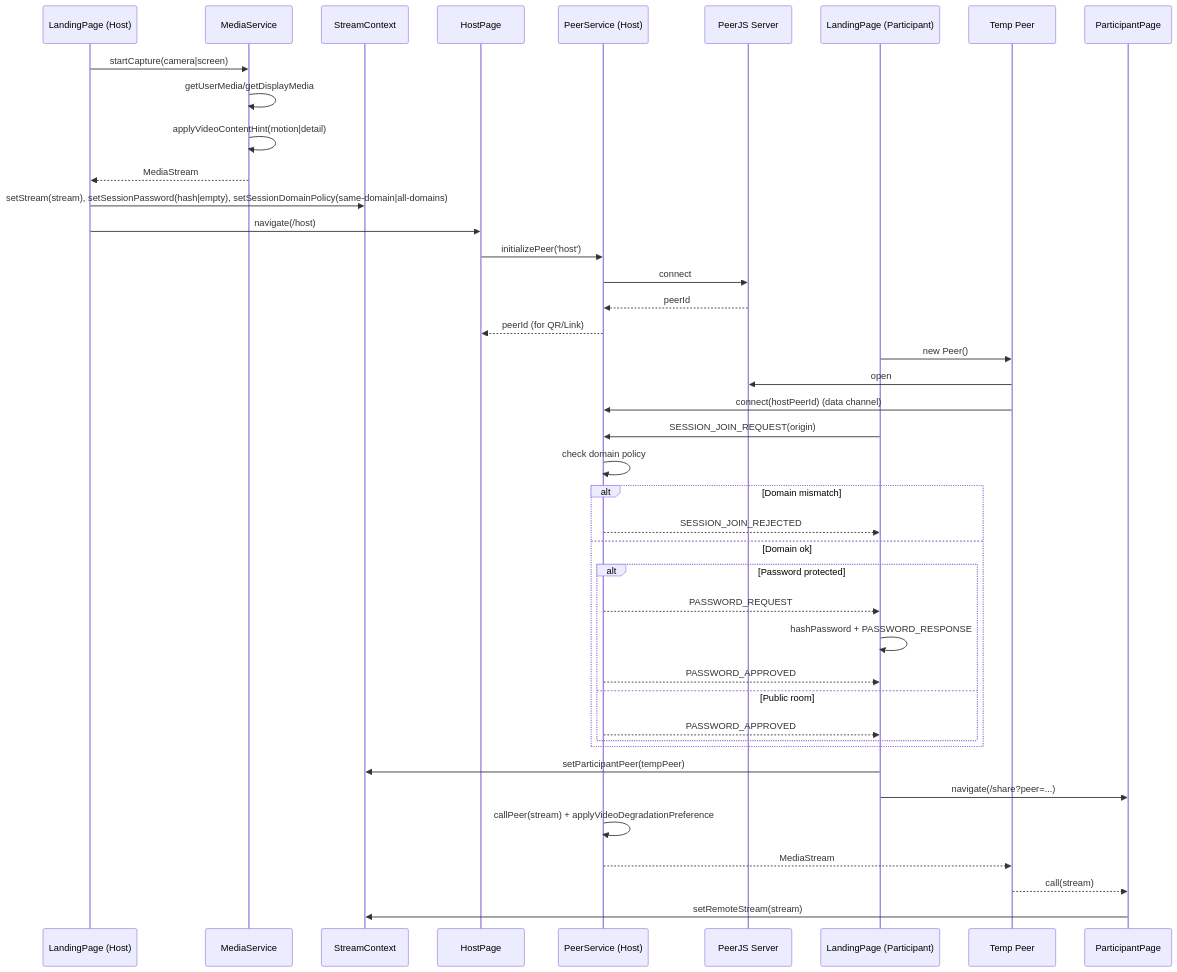
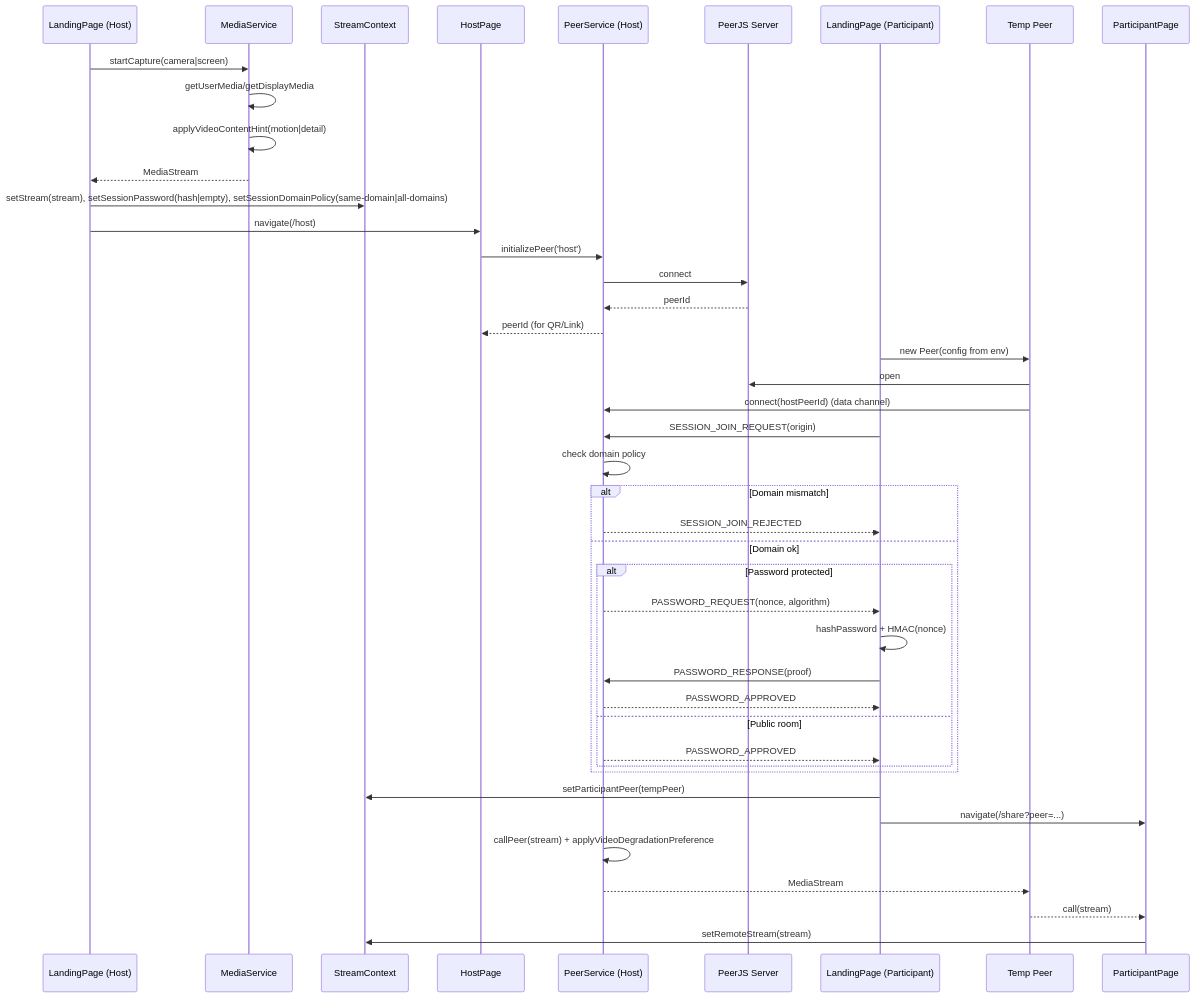
The first of 9 diagrams in ARCHITECTURE.md (BackGwa/Perspective), drawn with Mermaid before and after one commit. The commit also changed other lines of this file and 3 other files, not shown here.

First line of the commit message:
Enhance password security with HMAC verification

````diff
--- a/ARCHITECTURE.md
+++ b/ARCHITECTURE.md
@@ -8,49 +8,50 @@
 ```mermaid
 sequenceDiagram
     participant HostLP as LandingPage (Host)
     participant MS as MediaService
     participant SC as StreamContext
     participant HostPage as HostPage
     participant PS as PeerService (Host)
     participant Server as PeerJS Server
     participant PartLP as LandingPage (Participant)
     participant PPeer as Temp Peer
     participant PartPage as ParticipantPage
 
     HostLP->>MS: startCapture(camera|screen)
     MS->>MS: getUserMedia/getDisplayMedia
     MS->>MS: applyVideoContentHint(motion|detail)
     MS-->>HostLP: MediaStream
     HostLP->>SC: setStream(stream), setSessionPassword(hash|empty), setSessionDomainPolicy(same-domain|all-domains)
     HostLP->>HostPage: navigate(/host)
 
     HostPage->>PS: initializePeer('host')
     PS->>Server: connect
     Server-->>PS: peerId
     PS-->>HostPage: peerId (for QR/Link)
 
-    PartLP->>PPeer: new Peer()
+    PartLP->>PPeer: new Peer(config from env)
     PPeer->>Server: open
     PPeer->>PS: connect(hostPeerId) (data channel)
     PartLP->>PS: SESSION_JOIN_REQUEST(origin)
     PS->>PS: check domain policy
 
     alt Domain mismatch
         PS-->>PartLP: SESSION_JOIN_REJECTED
     else Domain ok
         alt Password protected
-            PS-->>PartLP: PASSWORD_REQUEST
-            PartLP->>PartLP: hashPassword + PASSWORD_RESPONSE
+            PS-->>PartLP: PASSWORD_REQUEST(nonce, algorithm)
+            PartLP->>PartLP: hashPassword + HMAC(nonce)
+            PartLP->>PS: PASSWORD_RESPONSE(proof)
             PS-->>PartLP: PASSWORD_APPROVED
         else Public room
             PS-->>PartLP: PASSWORD_APPROVED
         end
     end
 
     PartLP->>SC: setParticipantPeer(tempPeer)
     PartLP->>PartPage: navigate(/share?peer=...)
     PS->>PS: callPeer(stream) + applyVideoDegradationPreference
     PS-->>PPeer: MediaStream
     PPeer-->>PartPage: call(stream)
     PartPage->>SC: setRemoteStream(stream)
 ```
````
